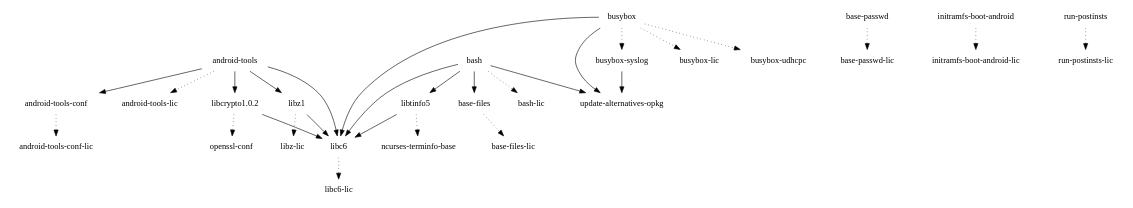
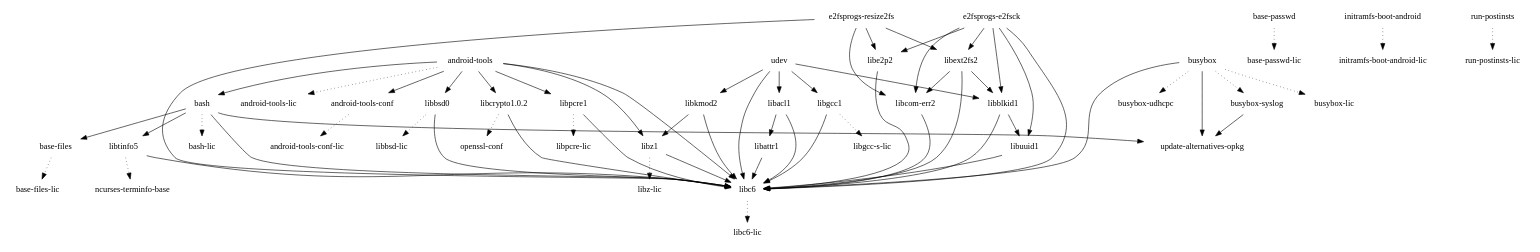
Before and after one commit to webOS-ports/buildhistory: the diagram in images/hammerhead/glibc/initramfs-android-image/depends-nokernel.dot, drawn with Graphviz. The commit also changed 23 other files, not shown here.

```diff
--- a/images/hammerhead/glibc/initramfs-android-image/depends-nokernel.dot
+++ b/images/hammerhead/glibc/initramfs-android-image/depends-nokernel.dot
@@ -1,31 +1,68 @@
 digraph depends {
     node [shape=plaintext]
 "android-tools" -> "android-tools-conf"
 "android-tools" -> "android-tools-lic" [style=dotted]
+"android-tools" -> "bash"
 "android-tools-conf" -> "android-tools-conf-lic" [style=dotted]
+"android-tools" -> "libbsd0"
 "android-tools" -> "libc6"
 "android-tools" -> "libcrypto1.0.2"
+"android-tools" -> "libpcre1"
 "android-tools" -> "libz1"
 "base-files" -> "base-files-lic" [style=dotted]
 "base-passwd" -> "base-passwd-lic" [style=dotted]
 "bash" -> "base-files"
 "bash" -> "bash-lic" [style=dotted]
 "bash" -> "libc6"
 "bash" -> "libtinfo5"
 "bash" -> "update-alternatives-opkg"
 "busybox" -> "busybox-lic" [style=dotted]
 "busybox" -> "busybox-syslog" [style=dotted]
 "busybox" -> "busybox-udhcpc" [style=dotted]
 "busybox" -> "libc6"
 "busybox-syslog" -> "update-alternatives-opkg"
 "busybox" -> "update-alternatives-opkg"
+"e2fsprogs-e2fsck" -> "libblkid1"
+"e2fsprogs-e2fsck" -> "libc6"
+"e2fsprogs-e2fsck" -> "libcom-err2"
+"e2fsprogs-e2fsck" -> "libe2p2"
+"e2fsprogs-e2fsck" -> "libext2fs2"
+"e2fsprogs-e2fsck" -> "libuuid1"
+"e2fsprogs-resize2fs" -> "libc6"
+"e2fsprogs-resize2fs" -> "libcom-err2"
+"e2fsprogs-resize2fs" -> "libe2p2"
+"e2fsprogs-resize2fs" -> "libext2fs2"
 "initramfs-boot-android" -> "initramfs-boot-android-lic" [style=dotted]
+"libacl1" -> "libattr1"
+"libacl1" -> "libc6"
+"libattr1" -> "libc6"
+"libblkid1" -> "libc6"
+"libblkid1" -> "libuuid1"
+"libbsd0" -> "libbsd-lic" [style=dotted]
+"libbsd0" -> "libc6"
 "libc6" -> "libc6-lic" [style=dotted]
+"libcom-err2" -> "libc6"
 "libcrypto1.0.2" -> "libc6"
 "libcrypto1.0.2" -> "openssl-conf" [style=dotted]
+"libe2p2" -> "libc6"
+"libext2fs2" -> "libblkid1"
+"libext2fs2" -> "libc6"
+"libext2fs2" -> "libcom-err2"
+"libgcc1" -> "libc6"
+"libgcc1" -> "libgcc-s-lic" [style=dotted]
+"libkmod2" -> "libc6"
+"libkmod2" -> "libz1"
+"libpcre1" -> "libc6"
+"libpcre1" -> "libpcre-lic" [style=dotted]
 "libtinfo5" -> "libc6"
 "libtinfo5" -> "ncurses-terminfo-base" [style=dotted]
+"libuuid1" -> "libc6"
 "libz1" -> "libc6"
 "libz1" -> "libz-lic" [style=dotted]
 "run-postinsts" -> "run-postinsts-lic" [style=dotted]
+"udev" -> "libacl1"
+"udev" -> "libblkid1"
+"udev" -> "libc6"
+"udev" -> "libgcc1"
+"udev" -> "libkmod2"
 }
```
